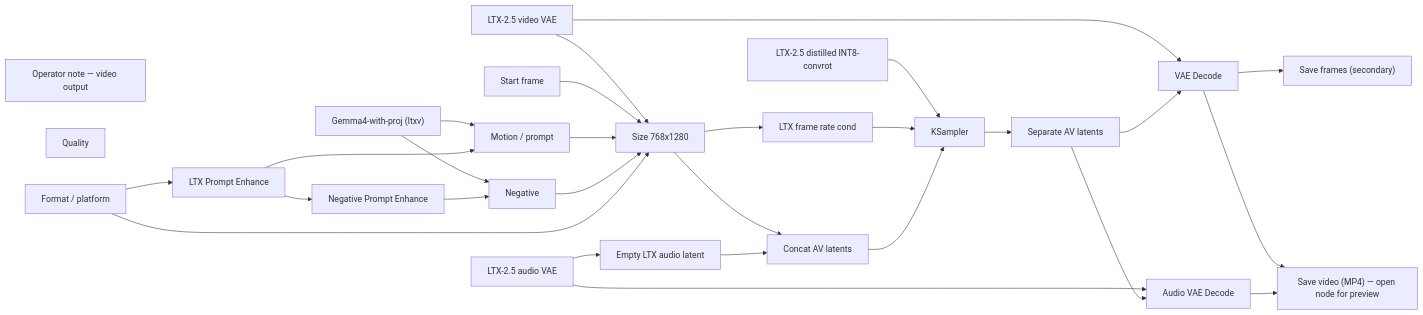
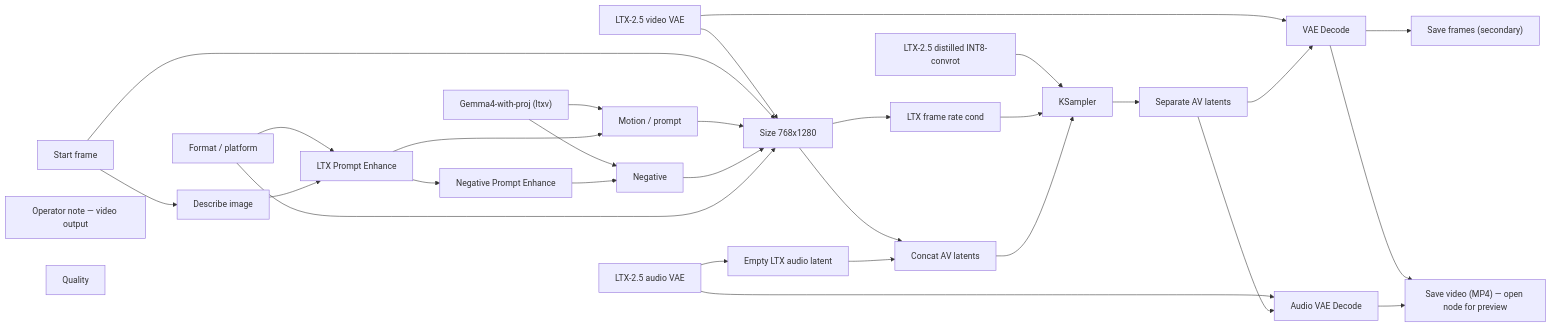
One commit to toxicoder/ez-comfy-stack changed the diagram in docs/generated/workflows/creator/av/fashion-turn.md. Above: the diagram before and after it, drawn with Mermaid. The commit also changed other lines of this file and 405 other files, not shown here.

````diff
--- a/docs/generated/workflows/creator/av/fashion-turn.md
+++ b/docs/generated/workflows/creator/av/fashion-turn.md
@@ -54,51 +54,54 @@
 ```mermaid
 flowchart LR
   N1["LTX-2.5 distilled INT8-convrot"]
   N2["LTX-2.5 video VAE"]
   N3["Gemma4-with-proj (ltxv)"]
   N4["Start frame"]
   N5["Motion / prompt"]
   N6["Negative"]
   N7["Size 768x1280"]
   N8["LTX frame rate cond"]
   N9["KSampler"]
   N10["VAE Decode"]
   N12["Save frames (secondary)"]
   N13["LTX-2.5 audio VAE"]
   N14["Empty LTX audio latent"]
   N15["Concat AV latents"]
   N16["Separate AV latents"]
   N17["Operator note — video output"]
   N18["Save video (MP4) — open node for preview"]
   N19["LTX Prompt Enhance"]
   N20["Audio VAE Decode"]
   N21["Negative Prompt Enhance"]
   N22["Quality"]
   N23["Format / platform"]
+  N24["Describe image"]
   N1 --> N9
   N2 --> N7
   N2 --> N10
   N3 --> N5
   N3 --> N6
   N4 --> N7
+  N4 --> N24
   N5 --> N7
   N6 --> N7
   N7 --> N8
   N7 --> N15
   N8 --> N9
   N9 --> N16
   N10 --> N12
   N10 --> N18
   N13 --> N14
   N13 --> N20
   N14 --> N15
   N15 --> N9
   N16 --> N10
   N16 --> N20
   N19 --> N5
   N19 --> N21
   N20 --> N18
   N21 --> N6
   N23 --> N7
   N23 --> N19
+  N24 --> N19
 ```
````
